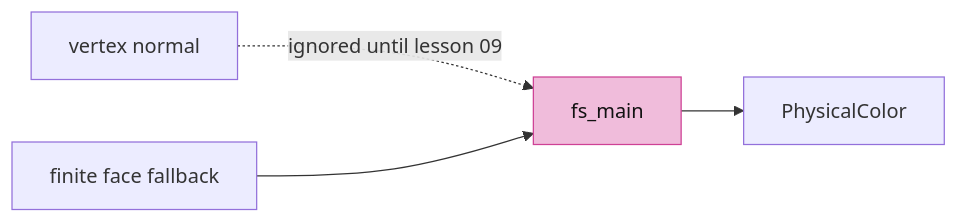
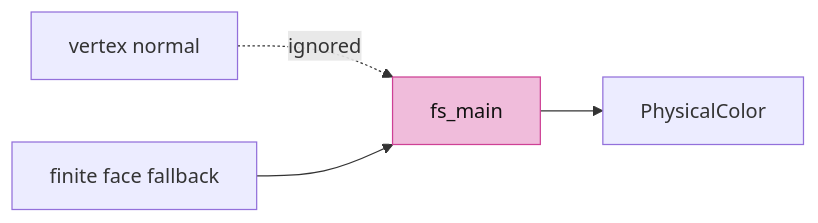
One commit to petrasvestartas/session changed diagram 14 of 14 in session_viewer/docs/06-cad-contract.md. Above: the diagram before and after it, drawn with Mermaid. The commit also changed other lines of this file and 34 other files, not shown here.

First line of the commit message:
Course: each lesson teaches its file's final form; diagrams fit the column

````diff
--- a/session_viewer/docs/06-cad-contract.md
+++ b/session_viewer/docs/06-cad-contract.md
@@ -255,7 +255,7 @@
 ```mermaid
 flowchart LR
-    V["vertex normal"] -. "ignored until lesson 09" .-> S["fs_main"]
+    V["vertex normal"] -. "ignored" .-> S["fs_main"]
     F["finite face fallback"] --> S
     S --> C["PhysicalColor"]
     style S fill:#f0bcdb,stroke:#ce4095,color:#111
 ```
````
